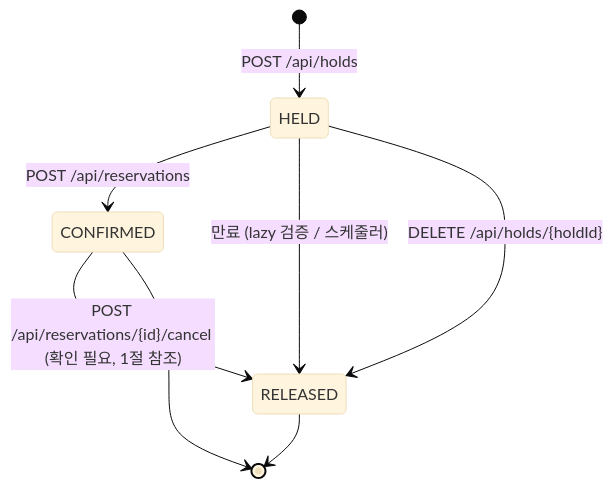
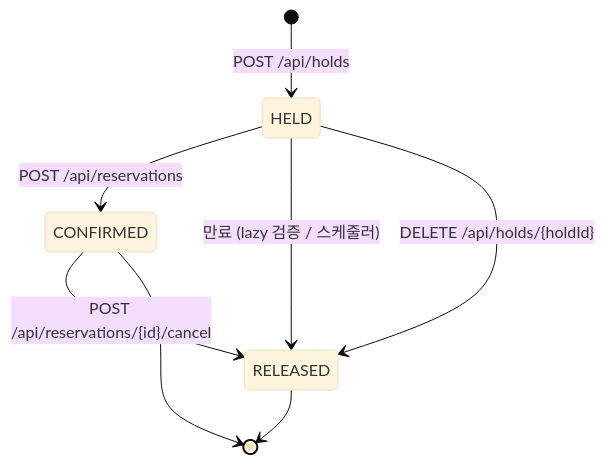
Before and after one commit to inhalab/holdfast: the third of 5 diagrams in docs/state-transitions.md, drawn with Mermaid (base theme). The commit also changed other lines of this file and 1 other file, not shown here.

````diff
--- a/docs/state-transitions.md
+++ b/docs/state-transitions.md
@@ -115,10 +116,10 @@
 ```mermaid
 stateDiagram-v2
     [*] --> HELD : POST /api/holds
     HELD --> CONFIRMED : POST /api/reservations
     HELD --> RELEASED : 만료 (lazy 검증 / 스케줄러)
     HELD --> RELEASED : DELETE /api/holds/{holdId}
-    CONFIRMED --> RELEASED : POST /api/reservations/{id}/cancel (확인 필요, 1절 참조)
+    CONFIRMED --> RELEASED : POST /api/reservations/{id}/cancel
     CONFIRMED --> [*]
     RELEASED --> [*]
 ```
````
